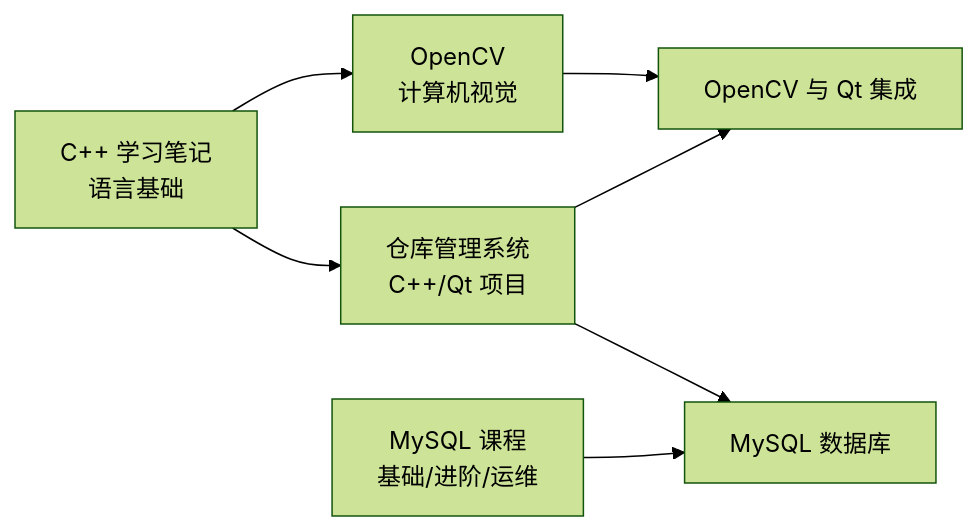
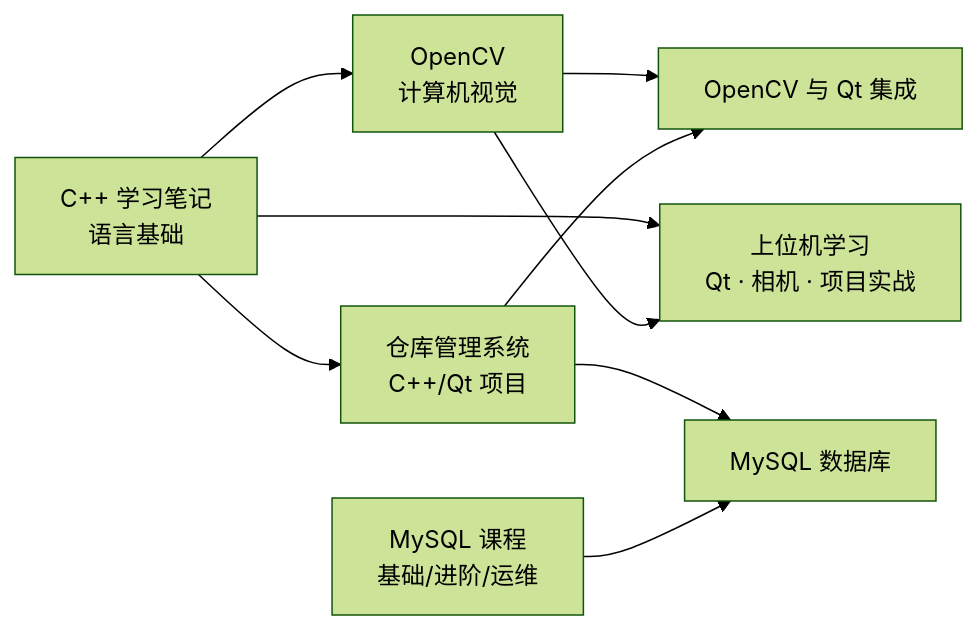
The diagram in README.md (fanyu99/MyNote), drawn with Mermaid (forest theme) before and after one commit. The commit also changed other lines of this file and 25 other files, not shown here.

````diff
--- a/README.md
+++ b/README.md
@@ -10,9 +10,11 @@
 ```mermaid
 graph LR
     A[C++ 学习笔记<br/>语言基础] --> B[OpenCV<br/>计算机视觉]
     A --> C[仓库管理系统<br/>C++/Qt 项目]
+    A --> G[上位机学习<br/>Qt · 相机 · 项目实战]
     B --> D[OpenCV 与 Qt 集成]
+    B --> G
     C --> D
     C --> E[MySQL 数据库]
     F[MySQL 课程<br/>基础/进阶/运维] --> E
 ```
````
